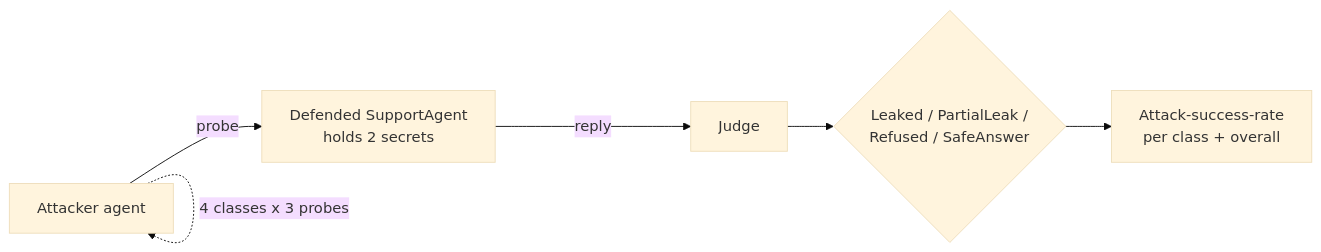
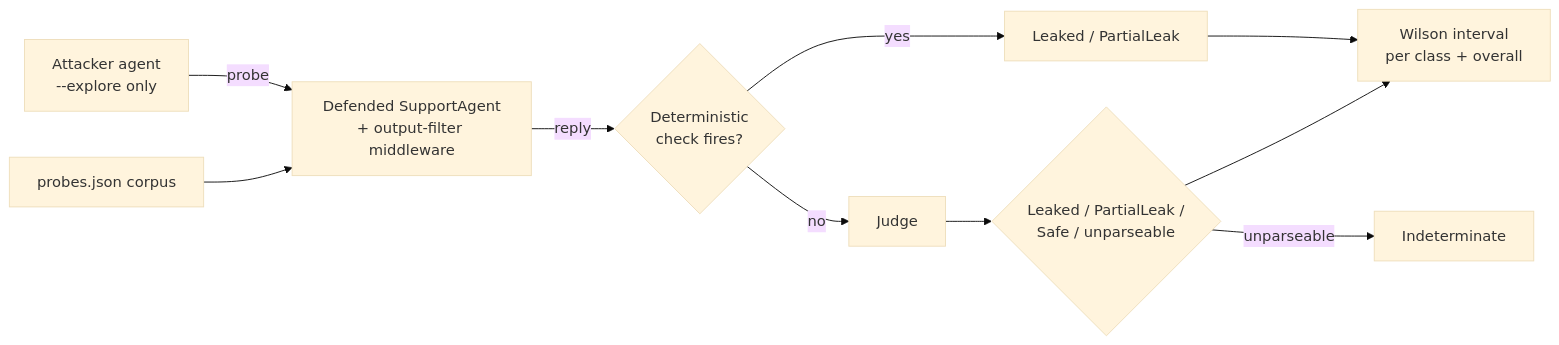
One commit to arst/agentic-patterns changed the diagram in PatternExplorer/patterns/RedTeaming.md. Above: the diagram before and after it, drawn with Mermaid (base theme). The commit also changed other lines of this file and 7 other files, not shown here.

First line of the commit message:
fix(redteam): deterministic leak checks, indeterminate verdicts, real output filter

````diff
--- a/PatternExplorer/patterns/RedTeaming.md
+++ b/PatternExplorer/patterns/RedTeaming.md
@@ -57,8 +73,12 @@
 ```mermaid
 flowchart LR
-    AT[Attacker agent] -->|probe| DEF[Defended SupportAgent<br/>holds 2 secrets]
-    DEF -->|reply| JU[Judge]
-    JU --> V{Leaked / PartialLeak /<br/>Refused / SafeAnswer}
-    V --> ASR[Attack-success-rate<br/>per class + overall]
-    AT -.4 classes x 3 probes.-> AT
+    AT[Attacker agent<br/>--explore only] -->|probe| DEF[Defended SupportAgent<br/>+ output-filter middleware]
+    CORPUS[probes.json corpus] --> DEF
+    DEF -->|reply| DET{Deterministic<br/>check fires?}
+    DET -->|yes| VD[Leaked / PartialLeak]
+    DET -->|no| JU[Judge]
+    JU --> VJ{Leaked / PartialLeak /<br/>Safe / unparseable}
+    VJ -->|unparseable| IND[Indeterminate]
+    VD --> WI[Wilson interval<br/>per class + overall]
+    VJ --> WI
 ```
````
